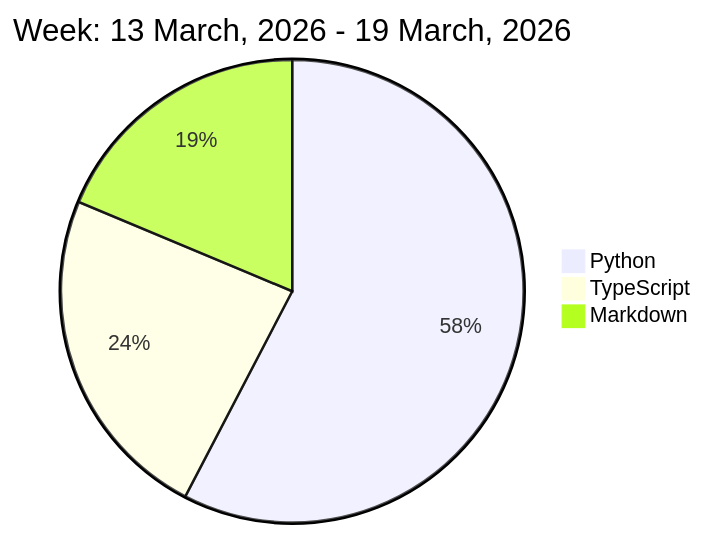
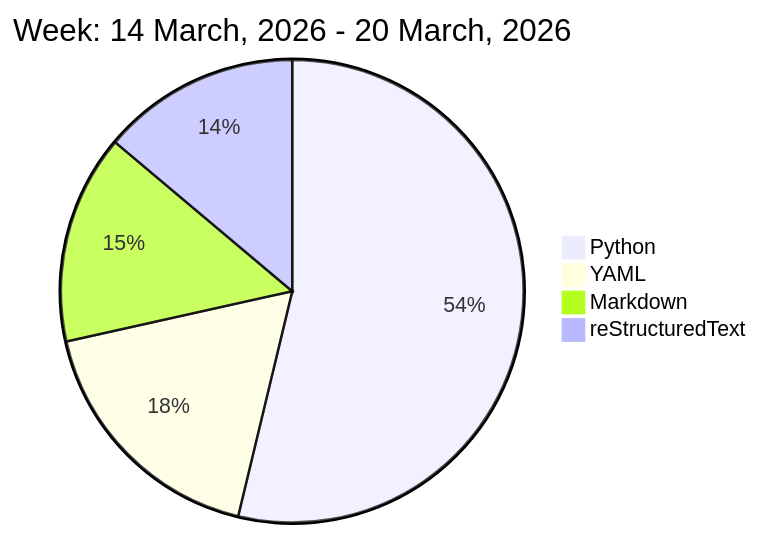
One commit to liubin95/liubin95 changed the diagram in README.md. Above: the diagram before and after it, drawn with Mermaid.

Commit message:
Updated the Graph with new Metrics

````diff
--- a/README.md
+++ b/README.md
@@ -32,7 +32,8 @@
 ```mermaid
  pie
-title Week: 13 March, 2026 - 19 March, 2026
- "Python" : 8.48
- "TypeScript" : 3.48
- "Markdown" : 2.75
+title Week: 14 March, 2026 - 20 March, 2026
+ "Python" : 9.38
+ "YAML" : 3.1
+ "Markdown" : 2.55
+ "reStructuredText" : 2.42
 ```
````
